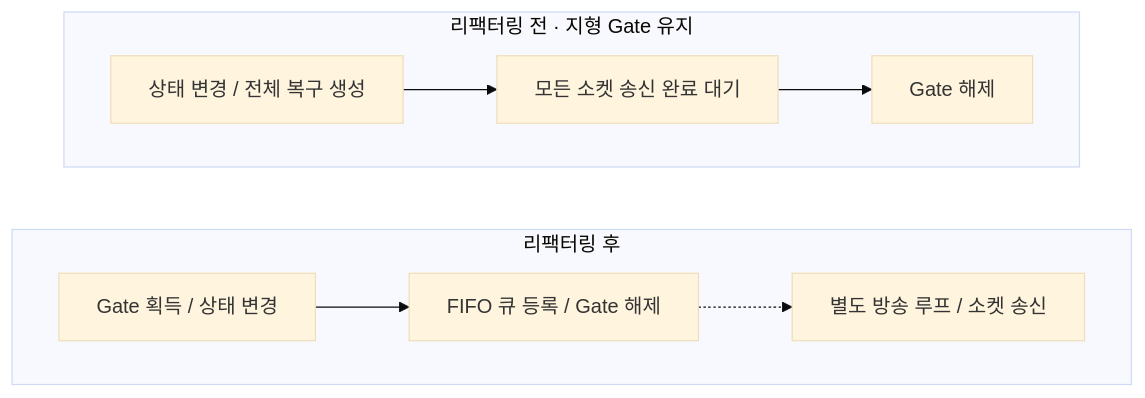
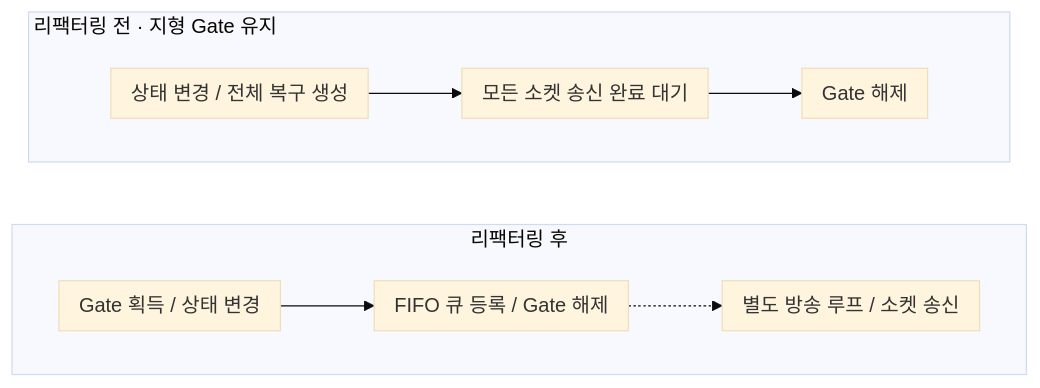
Before and after one commit to keeeery/portfolio: the tenth of 10 diagrams in src/3-Folk-Sack/TechDoc_FolkSack.md, drawn with Mermaid (base theme). The commit also changed other lines of this file and 13 other files, not shown here.

Commit message:
기술 문서: 다이어그램 다듬기와 부가 설명 문구 통일, Arcanist 구조도를 전투·카드 개요로, ODDITY 보스 장 정리와 염동력 시연 GIF, 코드 발췌 머리 주석 통일, 데이터 다시 빌드

````diff
--- a/src/3-Folk-Sack/TechDoc_FolkSack.md
+++ b/src/3-Folk-Sack/TechDoc_FolkSack.md
@@ -1142,14 +1212,15 @@
 ```mermaid
+%%{init: {"flowchart": {"padding": 8, "subGraphTitleMargin": {"top": 0, "bottom": 10}}}}%%
 flowchart TB
-    subgraph Before["리팩터링 전 · 지형 Gate 유지"]
+    subgraph Before["<div style=width:777px>리팩터링 전 · 지형 Gate 유지"]
         direction LR
         A["상태 변경 / 전체 복구 생성"] --> B["모든 소켓 송신 완료 대기"]
         B --> C["Gate 해제"]
     end
     subgraph After["리팩터링 후"]
         direction LR
         D["Gate 획득 / 상태 변경"] --> E["FIFO 큐 등록 / Gate 해제"]
         E -.-> F["별도 방송 루프 / 소켓 송신"]
     end
     Before ~~~ After
 ```
````
